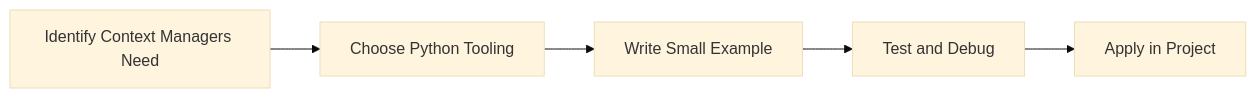
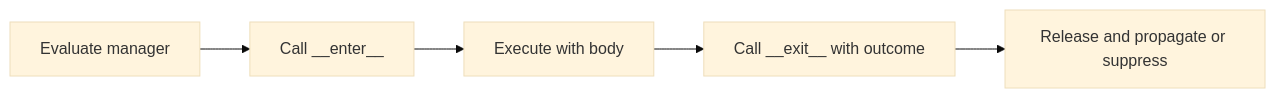
The diagram in Python-Mastery/Intermediate/13-context-managers.md (SYMOIZ/E-Learning-Portal), drawn with Mermaid (base theme) before and after one commit. The commit also changed other lines of this file and 116 other files, not shown here.

````diff
--- a/Python-Mastery/Intermediate/13-context-managers.md
+++ b/Python-Mastery/Intermediate/13-context-managers.md
@@ -148,7 +165,7 @@
 ```mermaid
 flowchart LR
-    A[Identify Context Managers Need] --> B[Choose Python Tooling]
-    B --> C[Write Small Example]
-    C --> D[Test and Debug]
-    D --> E[Apply in Project]
+    A[Evaluate manager] --> B[Call __enter__]
+    B --> C[Execute with body]
+    C --> D[Call __exit__ with outcome]
+    D --> E[Release and propagate or suppress]
 ```
````
